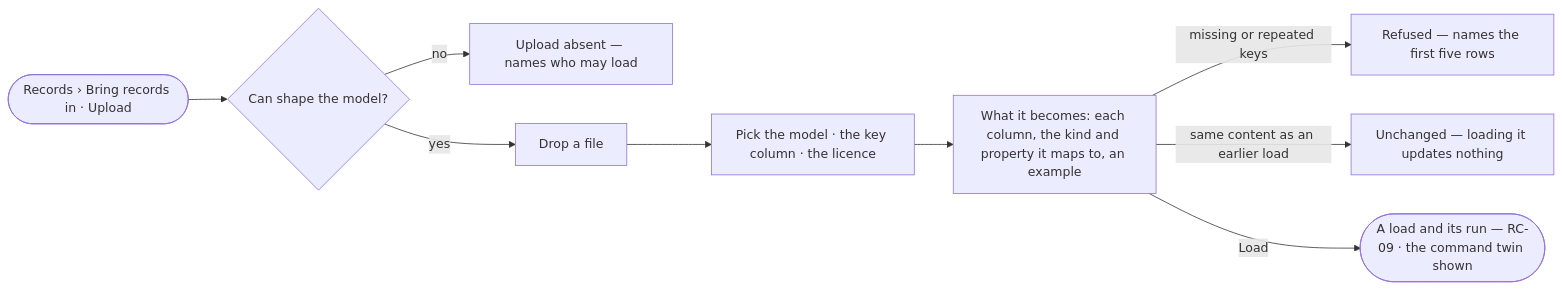
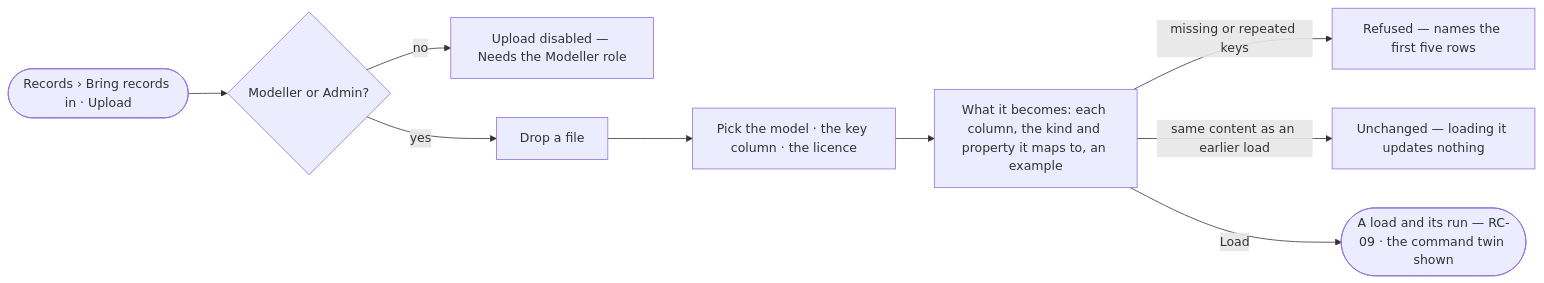
One commit to invana/invana changed the diagram in specs/capabilities/records/features/RC-F02-bring-records-in/stories/RC-08-upload-a-file-into-a-model/story.md. Above: the diagram before and after it, drawn with Mermaid. The commit also changed other lines of this file and 300 other files, not shown here.

````diff
--- a/specs/capabilities/records/features/RC-F02-bring-records-in/stories/RC-08-upload-a-file-into-a-model/story.md
+++ b/specs/capabilities/records/features/RC-F02-bring-records-in/stories/RC-08-upload-a-file-into-a-model/story.md
@@ -26,11 +28,11 @@
 ```mermaid
 flowchart LR
-  a([Records › Bring records in · Upload]) --> g{Can shape the model?}
-  g -->|no| na["Upload absent — names who may load"]
+  a([Records › Bring records in · Upload]) --> g{Modeller or Admin?}
+  g -->|no| na["Upload disabled — Needs the Modeller role"]
   g -->|yes| f["Drop a file"]
   f --> m["Pick the model · the key column · the licence"]
   m --> p["What it becomes: each column, the kind and property it maps to, an example"]
   p -->|missing or repeated keys| x["Refused — names the first five rows"]
   p -->|same content as an earlier load| u["Unchanged — loading it updates nothing"]
   p -->|Load| run(["A load and its run — RC-09 · the command twin shown"])
 ```
````
